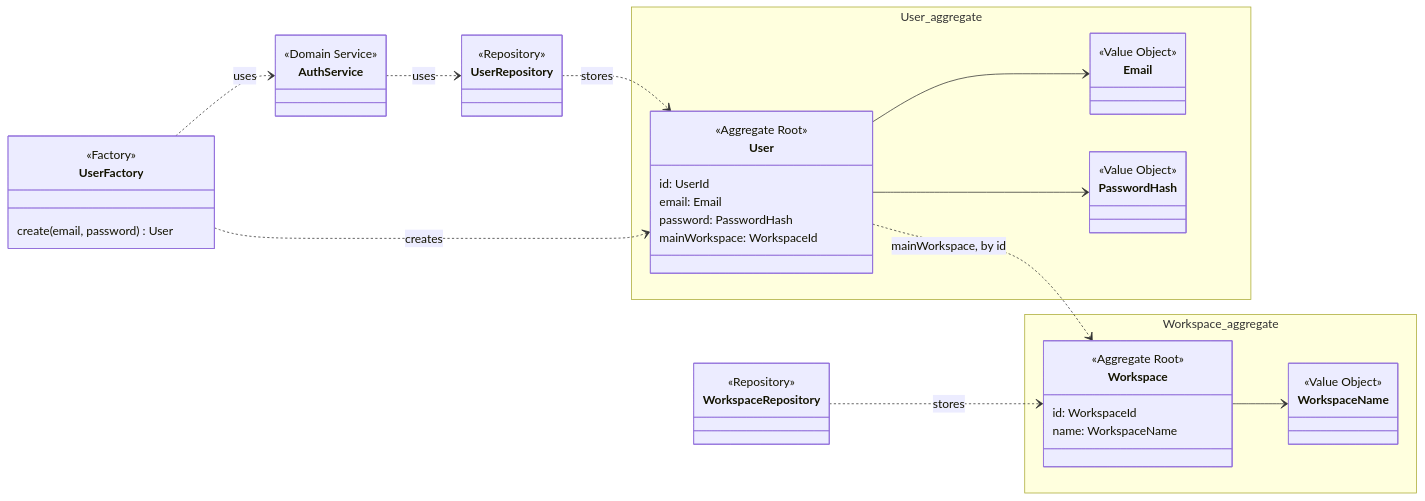
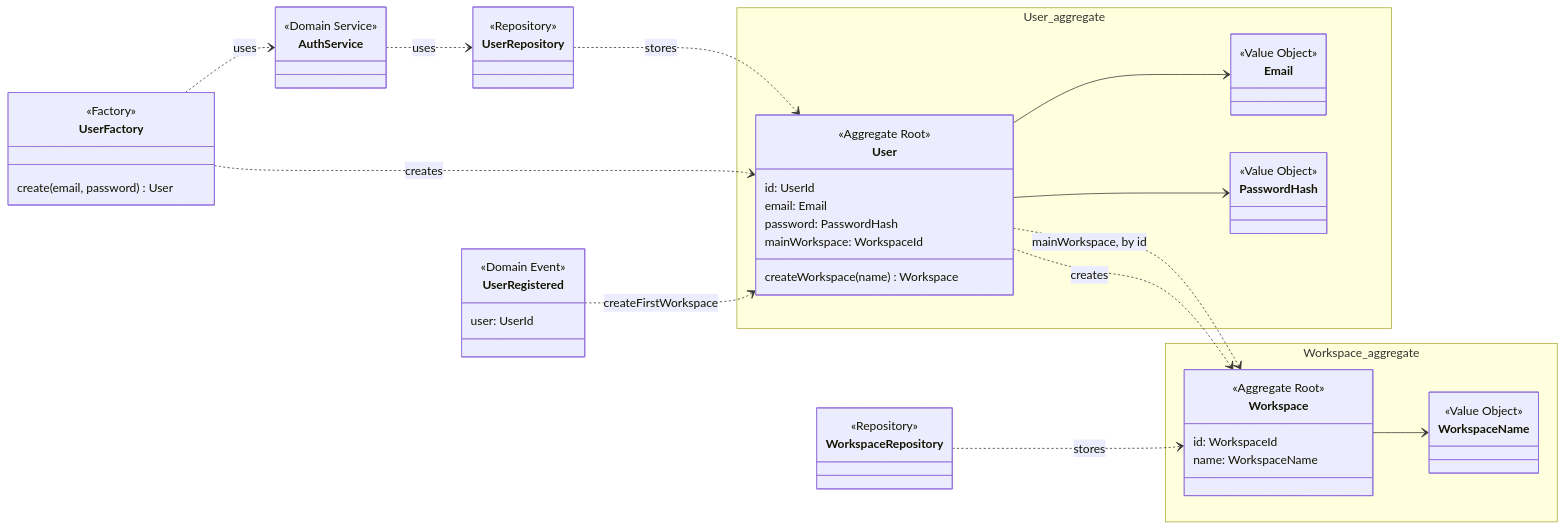
Before and after one commit to Bending-Forks/gotion: the first of 5 diagrams in _includes/tactical-design.md, drawn with Mermaid. The commit also changed other lines of this file, not shown here.

Commit message:
docs: move workspace creation onto User, keep events out of Notification

````diff
--- a/_includes/tactical-design.md
+++ b/_includes/tactical-design.md
@@ -24,51 +24,58 @@
 ```mermaid
 classDiagram
   direction LR
   namespace User_aggregate {
     class User {
       <<Aggregate Root>>
       id: UserId
       email: Email
       password: PasswordHash
       mainWorkspace: WorkspaceId
+      createWorkspace(name) Workspace
     }
     class Email {
       <<Value Object>>
     }
     class PasswordHash {
       <<Value Object>>
     }
   }
   namespace Workspace_aggregate {
     class Workspace {
       <<Aggregate Root>>
       id: WorkspaceId
       name: WorkspaceName
     }
     class WorkspaceName {
       <<Value Object>>
     }
   }
   class UserRepository {
     <<Repository>>
   }
   class WorkspaceRepository {
     <<Repository>>
   }
   class UserFactory {
     <<Factory>>
     create(email, password) User
   }
   class AuthService {
     <<Domain Service>>
   }
+  class UserRegistered {
+    <<Domain Event>>
+    user: UserId
+  }
   User --> Email
   User --> PasswordHash
   Workspace --> WorkspaceName
   User ..> Workspace : mainWorkspace, by id
   UserRepository ..> User : stores
   WorkspaceRepository ..> Workspace : stores
   UserFactory ..> User : creates
   UserFactory ..> AuthService : uses
   AuthService ..> UserRepository : uses
+  UserRegistered ..> User : createFirstWorkspace
+  User ..> Workspace : creates
 ```
````
